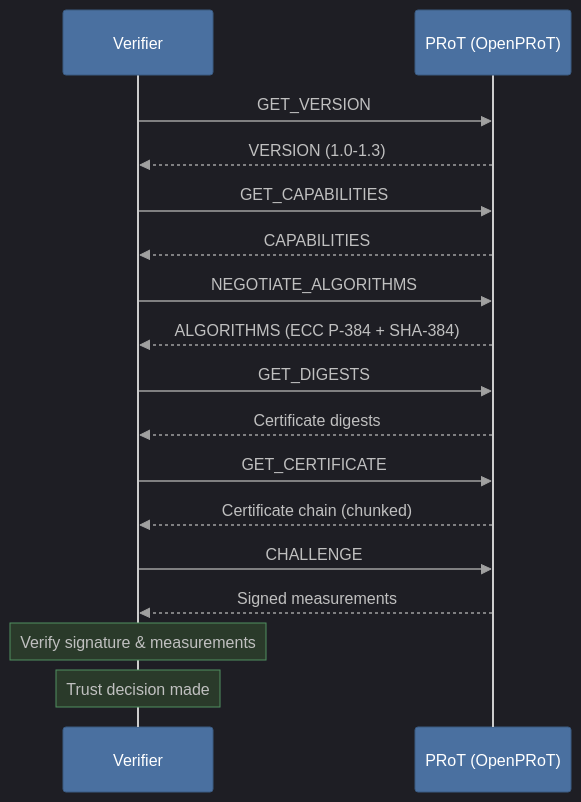
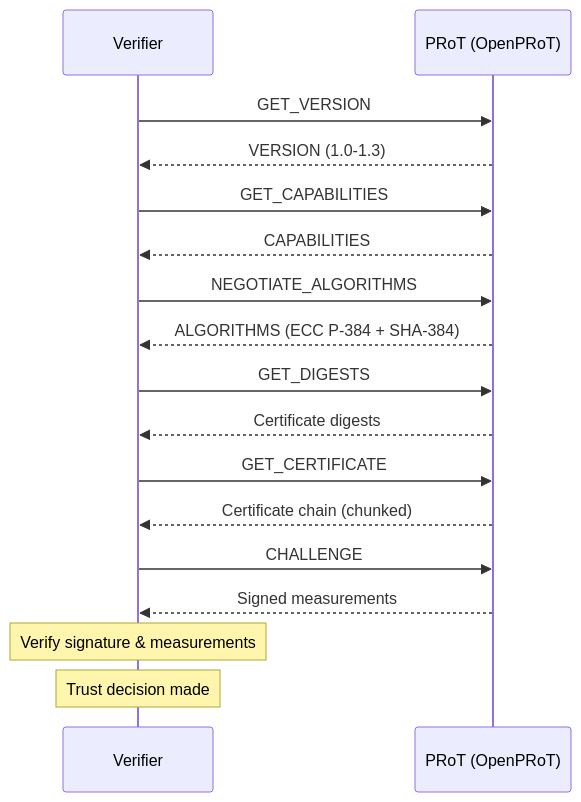
Before and after one commit to MichaelTien8901/openprot-guide: the diagram in docs/03-protocols/spdm.md, drawn with Mermaid. The commit also changed 3 other files, not shown here.

Commit message:
Remove Mermaid init directives (CSS handles theming)

````diff
--- a/docs/03-protocols/spdm.md
+++ b/docs/03-protocols/spdm.md
@@ -69,27 +69,26 @@
 ```mermaid
-%%{init: {'theme': 'dark', 'themeVariables': {'actorBkg': '#4a70a0', 'actorTextColor': '#fff', 'actorBorder': '#3a5a80', 'noteBkgColor': '#2a3a2a', 'noteTextColor': '#c0c0c0', 'noteBorderColor': '#509060', 'signalColor': '#a0a0a0', 'signalTextColor': '#c0c0c0', 'sequenceNumberColor': '#fff'}}}%%
 sequenceDiagram
     participant V as Verifier
     participant P as PRoT (OpenPRoT)
 
     V->>P: GET_VERSION
     P-->>V: VERSION (1.0-1.3)
 
     V->>P: GET_CAPABILITIES
     P-->>V: CAPABILITIES
 
     V->>P: NEGOTIATE_ALGORITHMS
     P-->>V: ALGORITHMS (ECC P-384 + SHA-384)
 
     V->>P: GET_DIGESTS
     P-->>V: Certificate digests
 
     V->>P: GET_CERTIFICATE
     P-->>V: Certificate chain (chunked)
 
     V->>P: CHALLENGE
     P-->>V: Signed measurements
 
     Note over V: Verify signature & measurements
     Note over V: Trust decision made
 ```
````
